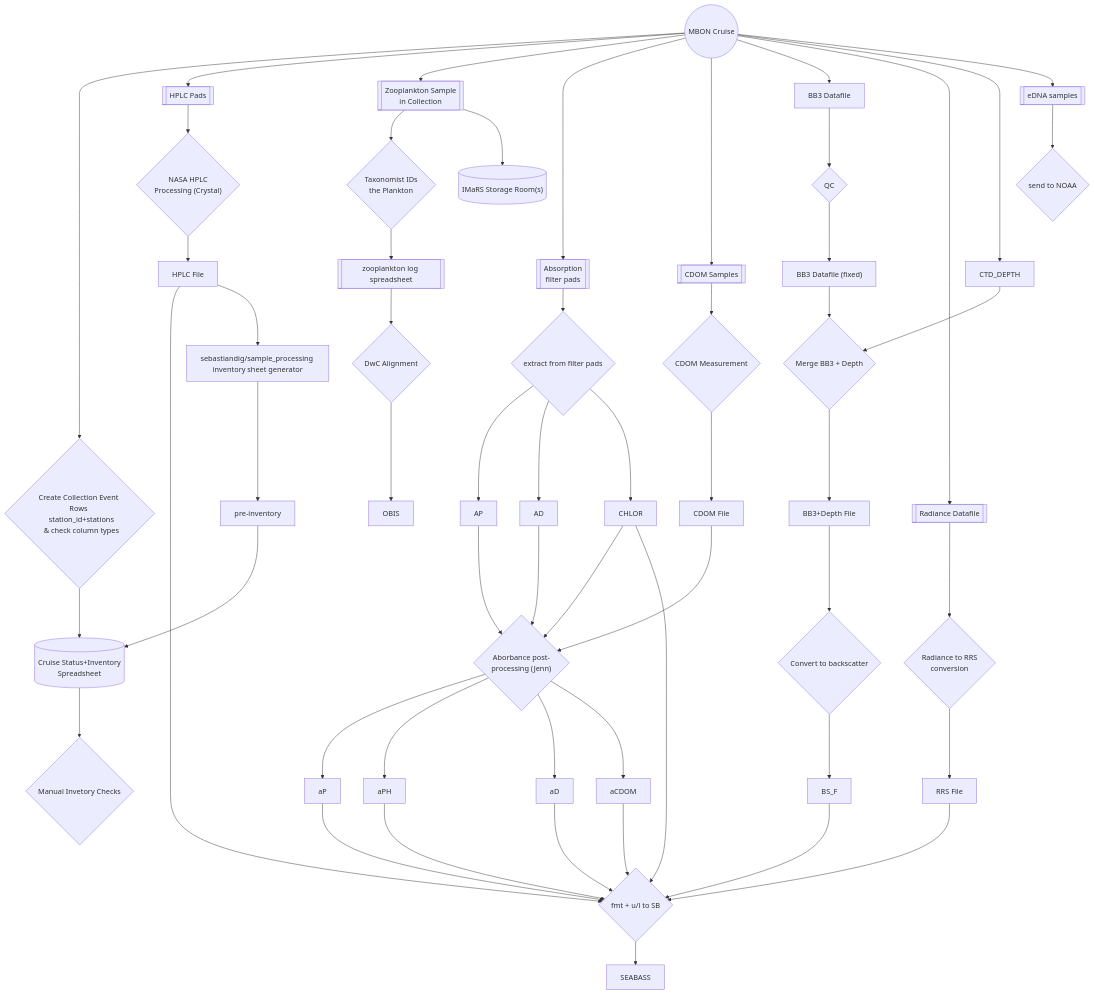
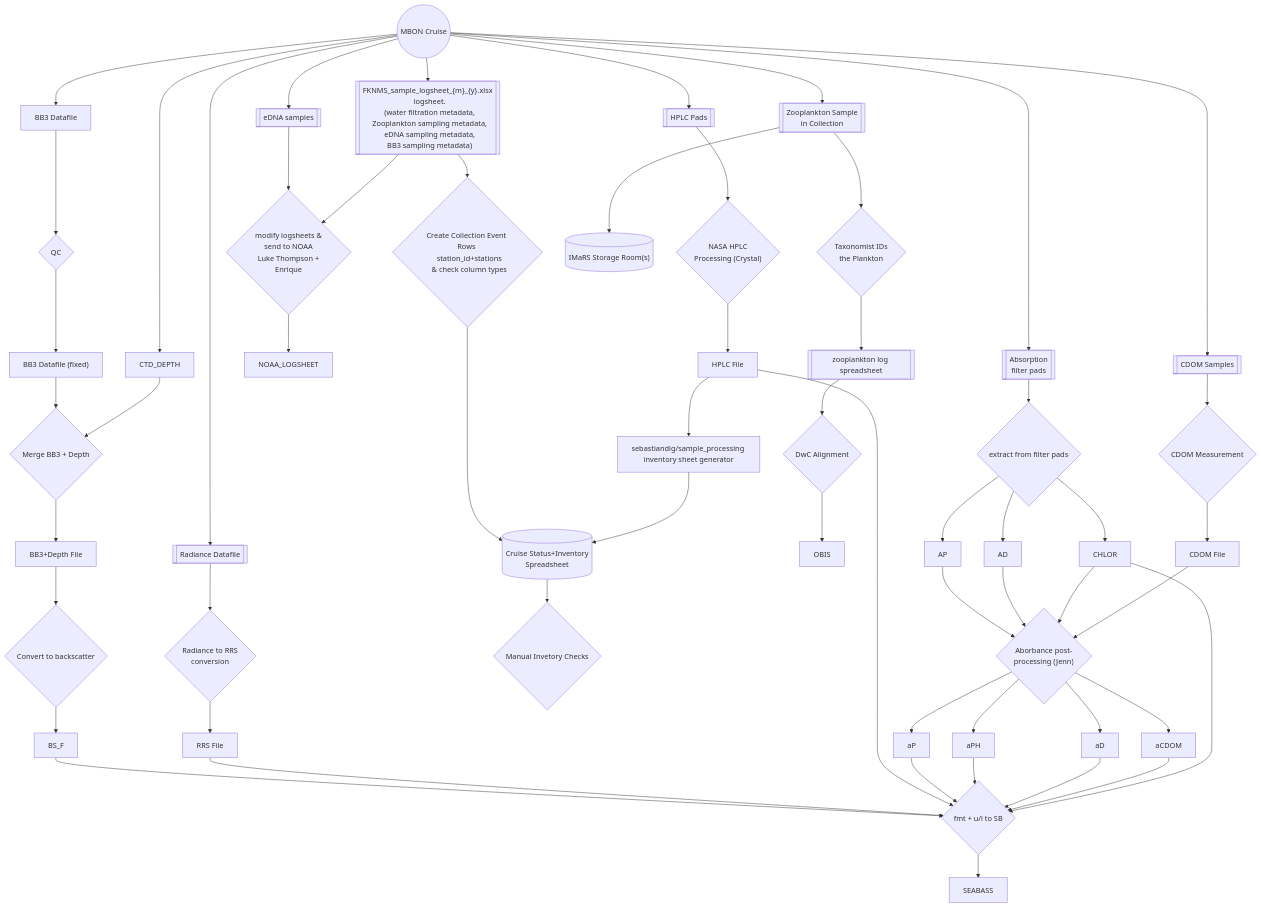
The diagram in raw_data_collection_event_types/MBON_cruises/README.md (USF-IMARS/data-docs), drawn with Mermaid before and after one commit.

````diff
--- a/raw_data_collection_event_types/MBON_cruises/README.md
+++ b/raw_data_collection_event_types/MBON_cruises/README.md
@@ -35,13 +35,7 @@
 ```mermaid
 graph TD
 
-CRUISE((MBON Cruise)) 
-  --> ROWS{"
-  Create Collection Event Rows 
-  station_id+stations
-  & check column types
-  "}
-  --> INVENTORY[(Cruise Status+Inventory \n Spreadsheet)]
+CRUISE((MBON Cruise))
 
 %% === cruise outputs:
 CRUISE --> HPLC[[HPLC Pads]]
@@ -52,10 +46,32 @@
 CRUISE --> RAD[[Radiance Datafile]]
 CRUISE --> CTD_DEPTH
 CRUISE --> eDNA
+CRUISE --> LOGSHEET[["
+  FKNMS_sample_logsheet_{m}_{y}.xlsx
+  logsheet.
+  (water filtration metadata,
+  Zooplankton sampling metadata,
+  eDNA sampling metadata,
+  BB3 sampling metadata)
+"]]
+
+%% === inventory pipeline
+LOGSHEET --> ROWS{"
+  Create Collection Event Rows 
+  station_id+stations
+  & check column types
+  "}
+  --> INVENTORY[(Cruise Status+Inventory \n Spreadsheet)]
 
 %% === eDNA pipeline
 eDNA[[eDNA samples]]
---> NOAA{send to NOAA}
+--> NOAA{"modify logsheets & 
+  send to NOAA
+  Luke Thompson +
+  Enrique
+"}
+--> NOAA_LOGSHEET
+LOGSHEET --> NOAA
 
 %% === BB3 Pipeline
 BB3 --> BB3_QC{"QC"}
@@ -81,7 +97,6 @@
   --> SEABASS
 HPLC_F 
   --> inventory_gen["sebastiandig/sample_processing inventory sheet generator"]
-  --> inventory_pre["pre-inventory "]
   --> INVENTORY
   --> INVENTORY_MANAGE{Manual Invetory Checks}
 
````
